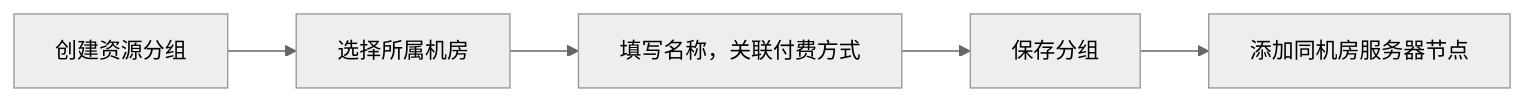
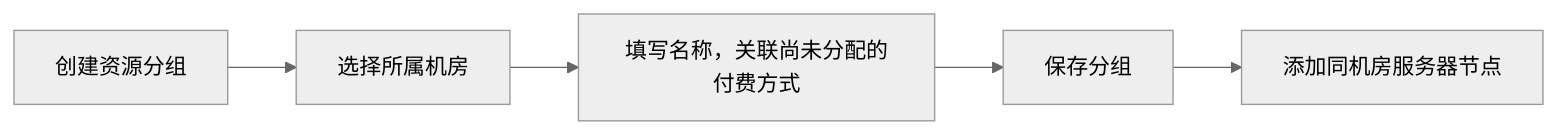
One commit to ks00171017-sk/onelinkai-console-preview changed the first of 4 diagrams in public/prototypes/运营端/GPU资源分组-流程图.md. Above: the diagram before and after it, drawn with Mermaid (neutral theme). The commit also changed other lines of this file and 1 other file, not shown here.

````diff
--- a/public/prototypes/运营端/GPU资源分组-流程图.md
+++ b/public/prototypes/运营端/GPU资源分组-流程图.md
@@ -20,7 +20,7 @@
 ```mermaid
 flowchart LR
   createGroup["创建资源分组"] --> selectRoom["选择所属机房"]
-  selectRoom --> setName["填写名称，关联付费方式"]
+  selectRoom --> setName["填写名称，关联尚未分配的付费方式"]
   setName --> saveGroup["保存分组"]
   saveGroup --> addNodes["添加同机房服务器节点"]
 ```
````
